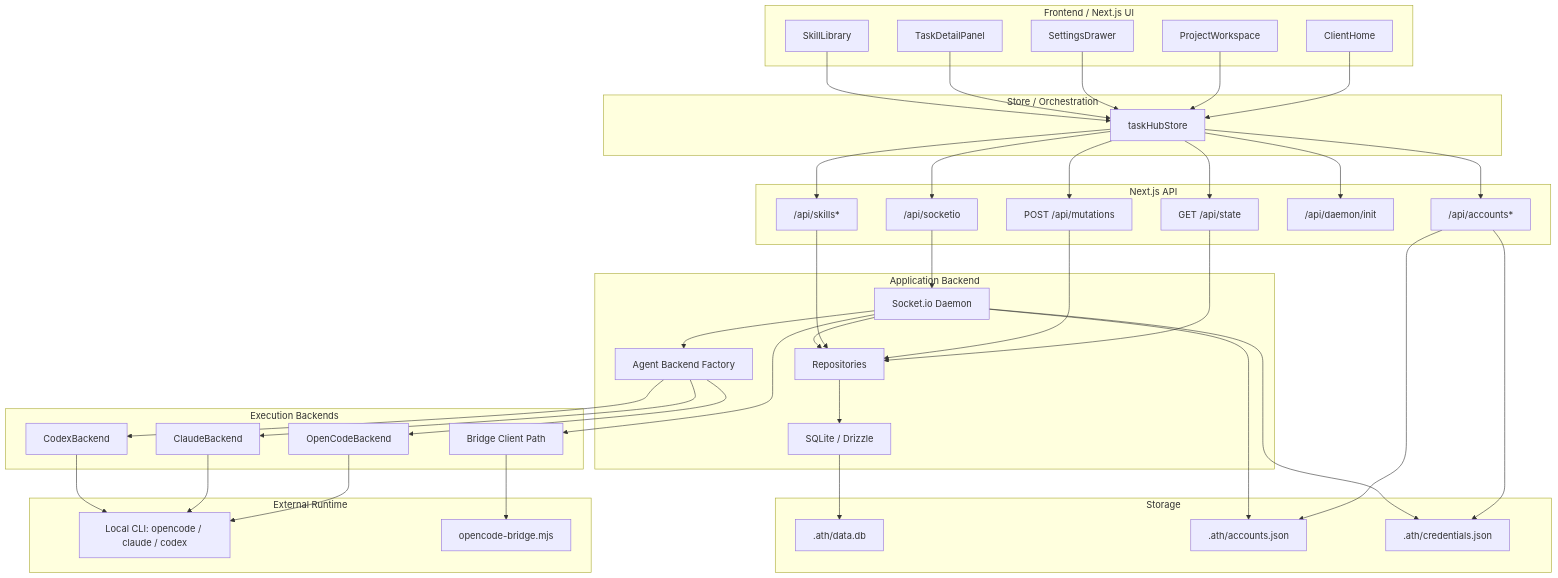
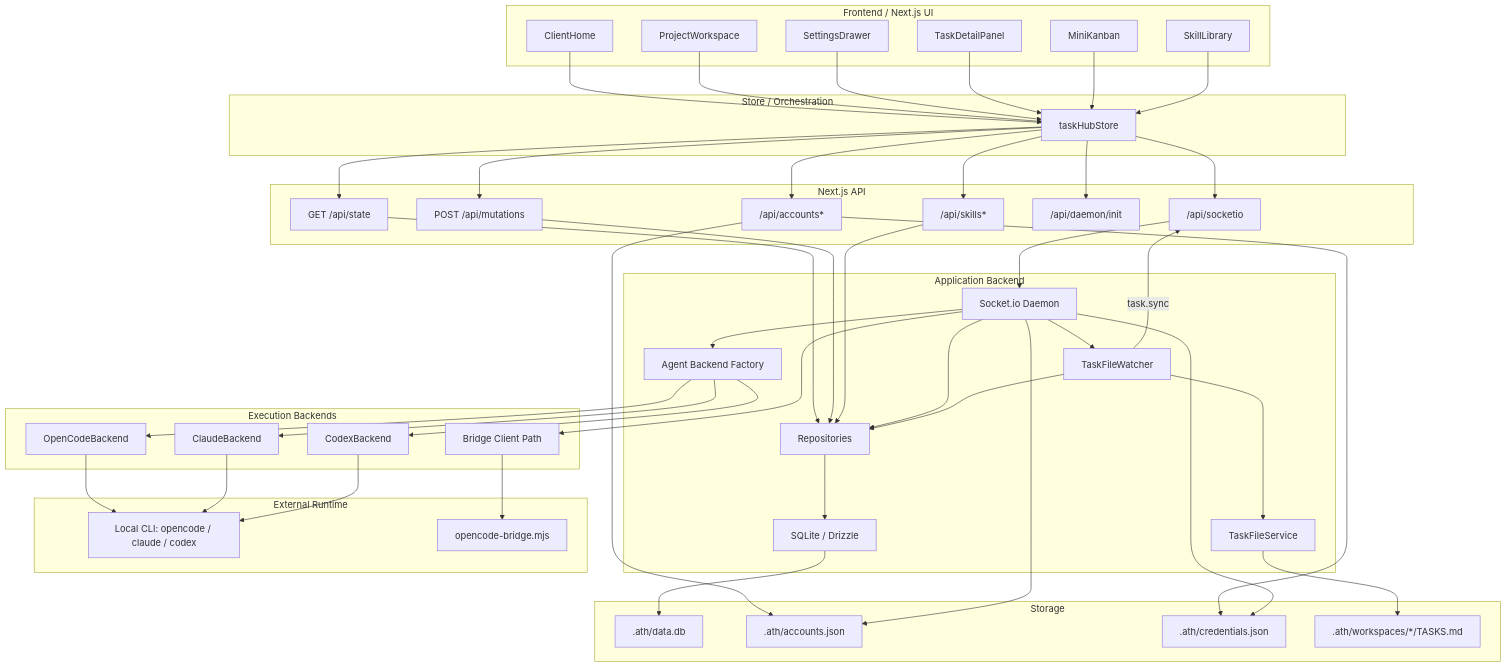
The first of 5 diagrams in docs/wiki/07-architecture-diagrams.md (changhuaqiu/agent-task-team), drawn with Mermaid before and after one commit. The commit also changed other lines of this file and 4 other files, not shown here.

First line of the commit message:
docs: update architecture docs for TASKS.md ↔ kanban sync

```diff
--- a/docs/wiki/07-architecture-diagrams.md
+++ b/docs/wiki/07-architecture-diagrams.md
@@ -22,6 +22,7 @@
     Settings["SettingsDrawer"]
     TaskPanel["TaskDetailPanel"]
     SkillLibrary["SkillLibrary"]
+    MiniKanban["MiniKanban"]
   end
 
   subgraph Store["Store / Orchestration"]
@@ -42,6 +43,8 @@
     DB["SQLite / Drizzle"]
     Daemon["Socket.io Daemon"]
     BackendFactory["Agent Backend Factory"]
+    FileWatcher["TaskFileWatcher"]
+    FileService["TaskFileService"]
   end
 
   subgraph Engines["Execution Backends"]
@@ -55,6 +58,7 @@
     SQLite[".ath/data.db"]
     Accounts[".ath/accounts.json"]
     Credentials[".ath/credentials.json"]
+    TasksMd[".ath/workspaces/*/TASKS.md"]
   end
 
   subgraph External["External Runtime"]
@@ -66,6 +70,7 @@
   Workspace --> TaskHubStore
   Settings --> TaskHubStore
   TaskPanel --> TaskHubStore
+  MiniKanban --> TaskHubStore
 
   TaskHubStore --> StateAPI
   TaskHubStore --> MutationAPI
@@ -89,6 +94,12 @@
   Daemon --> BackendFactory
   Daemon --> Accounts
   Daemon --> Credentials
+  Daemon --> FileWatcher
+
+  FileWatcher --> FileService
+  FileService --> TasksMd
+  FileWatcher --> Repos
+  FileWatcher -->|task.sync| SocketAPI
 
   BackendFactory --> OpenCode
   BackendFactory --> Claude
```
